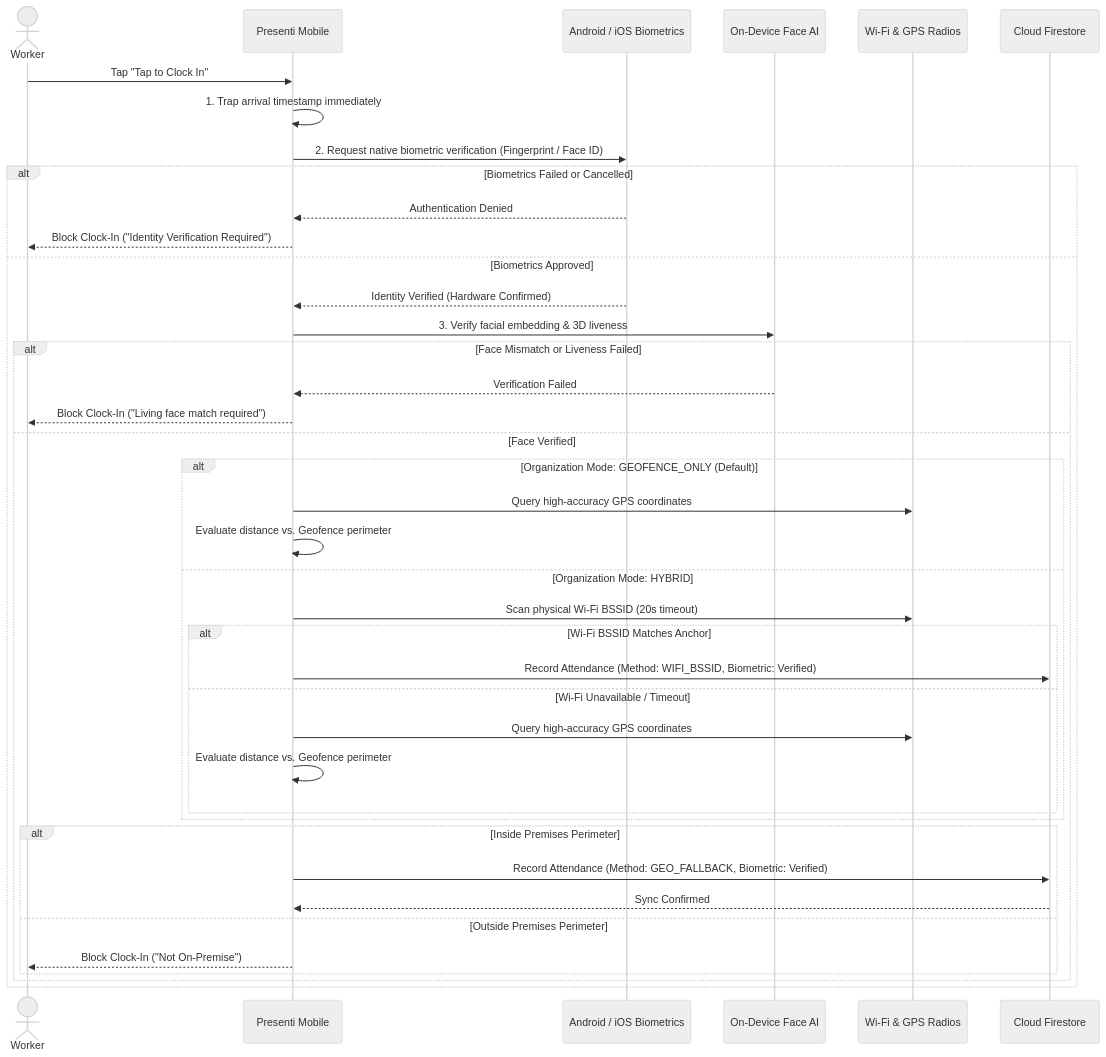
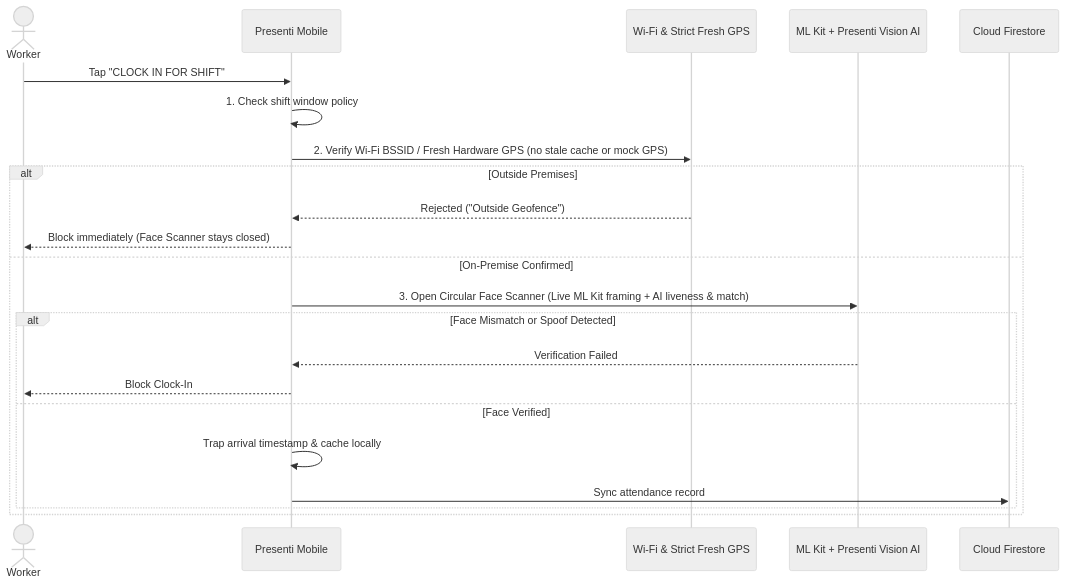
One commit to kachiDeGreat/Presenti-mobile changed the diagram in README.md. Above: the diagram before and after it, drawn with Mermaid (neutral theme). The commit also changed other lines of this file, not shown here.

Commit message:
docs(mobile): update README with AI face enrollment, Ask Presenti AI, strict GPS, and Bolt-ArtCraft UI updates

````diff
--- a/README.md
+++ b/README.md
@@ -76,43 +53,25 @@
 ```mermaid
 sequenceDiagram
     actor Worker
     participant Mobile as Presenti Mobile
-    participant NativeSec as Android / iOS Biometrics
-    participant FaceAI as On-Device Face AI
-    participant Radios as Wi-Fi & GPS Radios
+    participant Radios as Wi-Fi & Strict Fresh GPS
+    participant FaceAI as ML Kit + Presenti Vision AI
     participant Cloud as Cloud Firestore
 
-    Worker->>Mobile: Tap "Tap to Clock In"
-    Mobile->>Mobile: 1. Trap arrival timestamp immediately
-    Mobile->>NativeSec: 2. Request native biometric verification (Fingerprint / Face ID)
-    alt Biometrics Failed or Cancelled
-        NativeSec-->>Mobile: Authentication Denied
-        Mobile-->>Worker: Block Clock-In ("Identity Verification Required")
-    else Biometrics Approved
-        NativeSec-->>Mobile: Identity Verified (Hardware Confirmed)
-        Mobile->>FaceAI: 3. Verify facial embedding & 3D liveness
-        alt Face Mismatch or Liveness Failed
+    Worker->>Mobile: Tap "CLOCK IN FOR SHIFT"
+    Mobile->>Mobile: 1. Check shift window policy
+    Mobile->>Radios: 2. Verify Wi-Fi BSSID / Fresh Hardware GPS (no stale cache or mock GPS)
+    alt Outside Premises
+        Radios-->>Mobile: Rejected ("Outside Geofence")
+        Mobile-->>Worker: Block immediately (Face Scanner stays closed)
+    else On-Premise Confirmed
+        Mobile->>FaceAI: 3. Open Circular Face Scanner (Live ML Kit framing + AI liveness & match)
+        alt Face Mismatch or Spoof Detected
             FaceAI-->>Mobile: Verification Failed
-            Mobile-->>Worker: Block Clock-In ("Living face match required")
+            Mobile-->>Worker: Block Clock-In
         else Face Verified
-            alt Organization Mode: GEOFENCE_ONLY (Default)
-                Mobile->>Radios: Query high-accuracy GPS coordinates
-                Mobile->>Mobile: Evaluate distance vs. Geofence perimeter
-            else Organization Mode: HYBRID
-                Mobile->>Radios: Scan physical Wi-Fi BSSID (20s timeout)
-                alt Wi-Fi BSSID Matches Anchor
-                    Mobile->>Cloud: Record Attendance (Method: WIFI_BSSID, Biometric: Verified)
-                else Wi-Fi Unavailable / Timeout
-                    Mobile->>Radios: Query high-accuracy GPS coordinates
-                    Mobile->>Mobile: Evaluate distance vs. Geofence perimeter
-                end
-            end
-            alt Inside Premises Perimeter
-                Mobile->>Cloud: Record Attendance (Method: GEO_FALLBACK, Biometric: Verified)
-                Cloud-->>Mobile: Sync Confirmed
-            else Outside Premises Perimeter
-                Mobile-->>Worker: Block Clock-In ("Not On-Premise")
-            end
+            Mobile->>Mobile: Trap arrival timestamp & cache locally
+            Mobile->>Cloud: Sync attendance record
         end
     end
 ```
````
